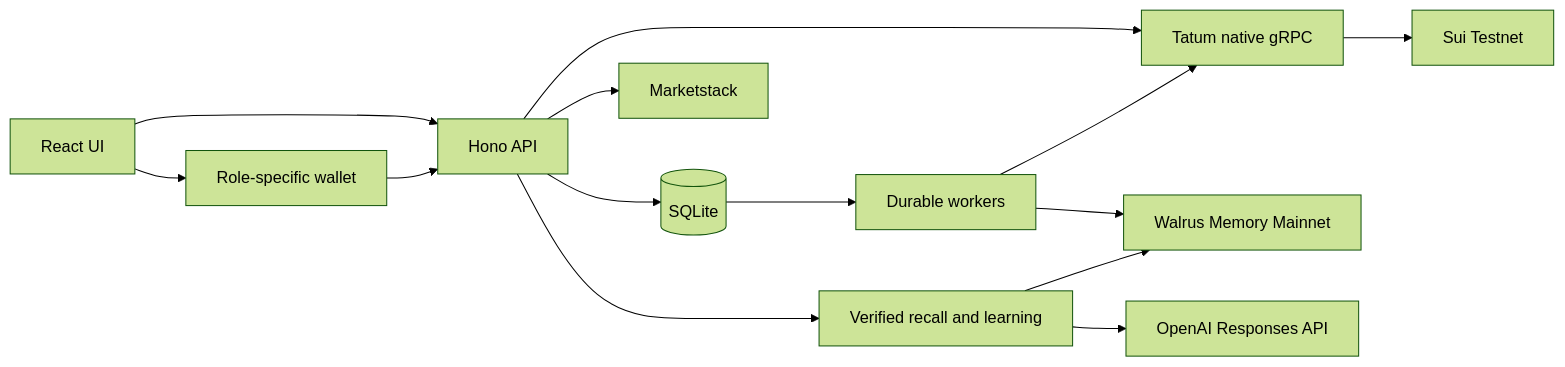
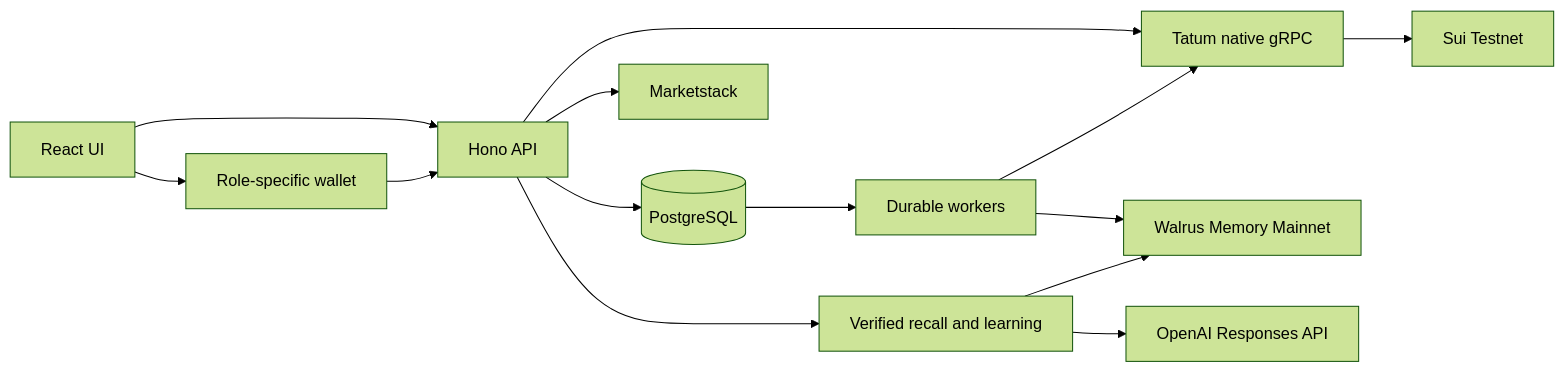
One commit to ELLA0VICTOR/trove changed the diagram in docs/ARCHITECTURE.md. Above: the diagram before and after it, drawn with Mermaid (forest theme). The commit also changed other lines of this file and 55 other files, not shown here.

````diff
--- a/docs/ARCHITECTURE.md
+++ b/docs/ARCHITECTURE.md
@@ -11,16 +11,16 @@
 ```mermaid
 flowchart LR
   UI[React UI] --> API[Hono API]
   UI --> WALLET[Role-specific wallet]
   WALLET --> API
-  API --> DB[(SQLite)]
+  API --> DB[(PostgreSQL)]
   API --> DATA[Marketstack]
   API --> TATUM[Tatum native gRPC]
   TATUM --> SUI[Sui Testnet]
   DB --> JOBS[Durable workers]
   JOBS --> MEMORY[Walrus Memory Mainnet]
   JOBS --> TATUM
   API --> LEARNING[Verified recall and learning]
   LEARNING --> MEMORY
   LEARNING --> MODEL[OpenAI Responses API]
 ```
````
